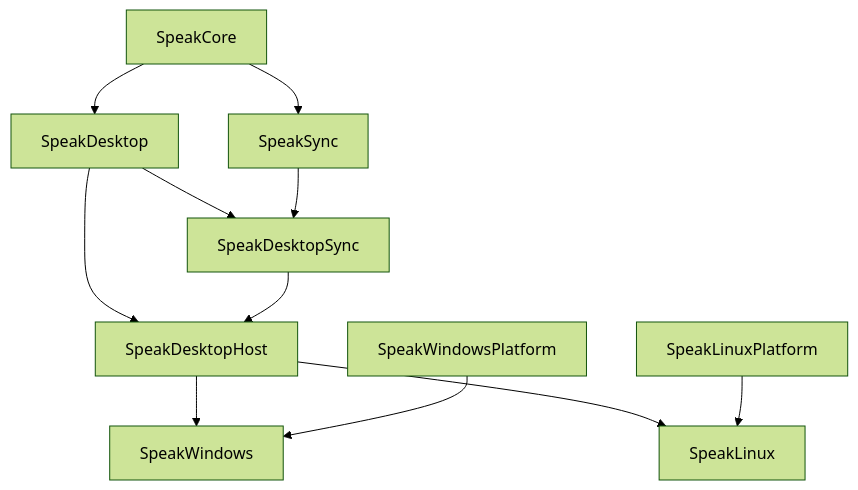
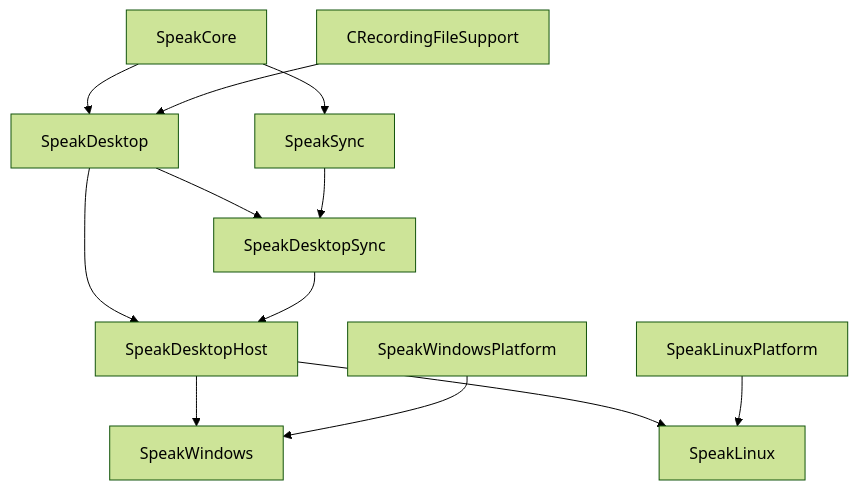
Before and after one commit to crmitchelmore/justspeaktoit: the second of 2 diagrams in Docs/Architecture.md, drawn with Mermaid (forest theme). The commit also changed other lines of this file and 15 other files, not shown here.

````diff
--- a/Docs/Architecture.md
+++ b/Docs/Architecture.md
@@ -130,13 +134,14 @@
 ```mermaid
 flowchart TD
     Core[SpeakCore] --> Desktop[SpeakDesktop]
+    RecordingFiles[CRecordingFileSupport] --> Desktop
     Core --> Sync[SpeakSync]
     Desktop --> DesktopSync[SpeakDesktopSync]
     Sync --> DesktopSync
     Desktop --> Host[SpeakDesktopHost]
     DesktopSync --> Host
     Host --> Windows[SpeakWindows]
     Host --> Linux[SpeakLinux]
     WinPlatform[SpeakWindowsPlatform] --> Windows
     LinuxPlatform[SpeakLinuxPlatform] --> Linux
 ```
````
